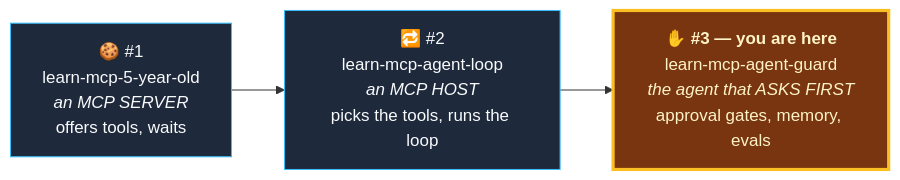
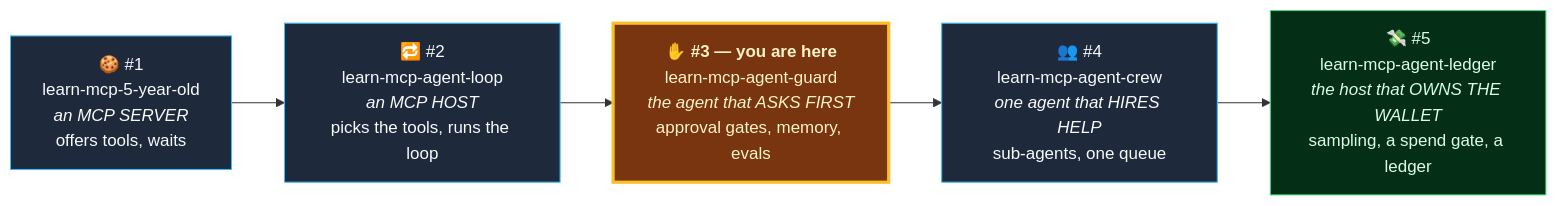
One commit to ketankshukla/learn-mcp-agent-guard changed the eighth of 8 diagrams in README.md. Above: the diagram before and after it, drawn with Mermaid. The commit also changed other lines of this file, not shown here.

Commit message:
Link the series forward to project #5 (the ledger)
The series section stopped short. Extended the diagram and table so the
five projects are navigable in both directions, and added one line of
context on what #5 changes for this repo.

````diff
--- a/README.md
+++ b/README.md
@@ -621,12 +621,16 @@
 ```mermaid
 flowchart LR
     P1["🍪 #1<br/>learn-mcp-5-year-old<br/><i>an MCP SERVER</i><br/>offers tools, waits"]
     P2["🔁 #2<br/>learn-mcp-agent-loop<br/><i>an MCP HOST</i><br/>picks the tools, runs the loop"]
     P3["✋ <b>#3 — you are here</b><br/>learn-mcp-agent-guard<br/><i>the agent that ASKS FIRST</i><br/>approval gates, memory, evals"]
+    P4["👥 #4<br/>learn-mcp-agent-crew<br/><i>one agent that HIRES HELP</i><br/>sub-agents, one queue"]
+    P5["💸 #5<br/>learn-mcp-agent-ledger<br/><i>the host that OWNS THE WALLET</i><br/>sampling, a spend gate, a ledger"]
 
-    P1 --> P2 --> P3
+    P1 --> P2 --> P3 --> P4 --> P5
 
     style P1 fill:#1e293b,stroke:#38bdf8,color:#f8fafc
     style P2 fill:#1e293b,stroke:#38bdf8,color:#f8fafc
     style P3 fill:#78350f,stroke:#fbbf24,stroke-width:3px,color:#fef3c7
+    style P4 fill:#1e293b,stroke:#38bdf8,color:#f8fafc
+    style P5 fill:#052e16,stroke:#4ade80,color:#dcfce7
 ```
````
